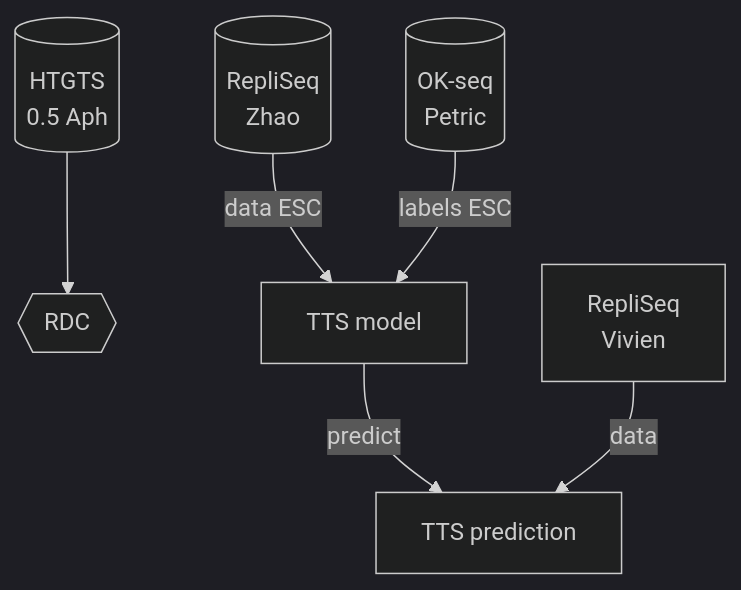
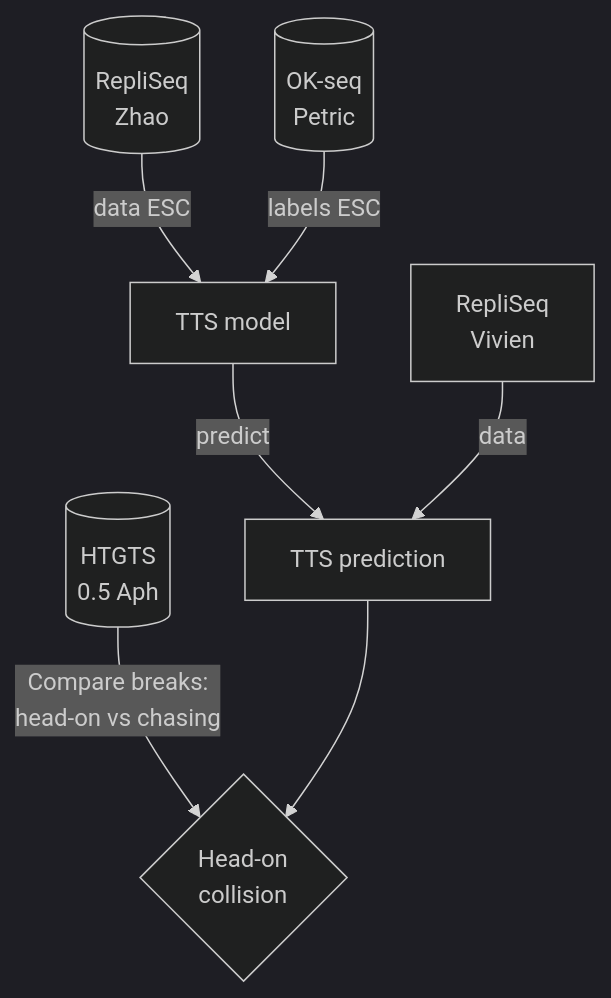
Before and after one commit to brainbreaks/DSB_Paper: the diagram in README.md, drawn with Mermaid (dark theme).

Commit message:
extend setup diagram

````diff
--- a/README.md
+++ b/README.md
@@ -28,9 +28,11 @@
 ```mermaid
   graph TD;
-      id1[(HTGTS<br/>0.5 Aph)]-->id2{{RDC}};
-      repliseq_zhao[(RepliSeq<br>Zhao)]--data ESC-->tts_model[TTS prediction];
-      okseq_petric[(OK-seq<br>Petric)]--labels ESC-->tts_model[TTS model];
+      repliseq_zhao[(RepliSeq<br>Zhao)]--data ESC-->tts_model;
+      okseq_petric[(OK-seq<br>Petric)]--labels ESC-->tts_model;
       tts_model[TTS model]--predict-->tts_prediction[TTS prediction];
-      repliseq_2[RepliSeq<br>Vivien]--data-->tts_prediction[TTS prediction];
+      repliseq_vivien2[RepliSeq<br>Vivien]--data-->tts_prediction[TTS prediction];
+      htgts[(HTGTS<br/>0.5 Aph)]--Compare breaks:<br>head-on vs chasing-->collision[Head-on<br>collision];
+      tts_prediction-->collision{Head-on<br>collision};
+      
       
 ```
````
